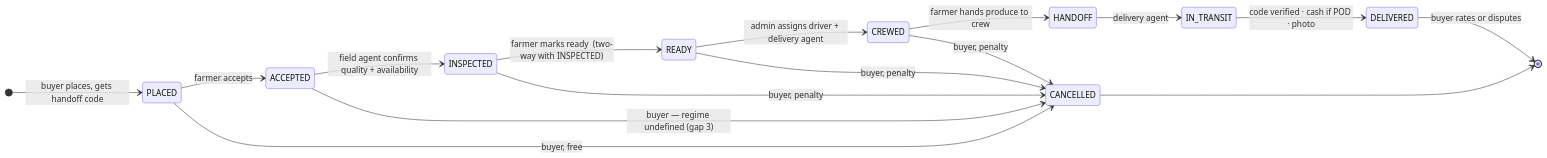
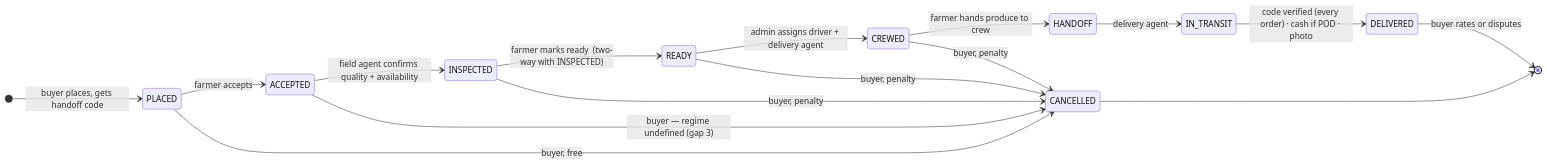
Before and after one commit to cropdoor/cropdoor-almanac: the diagram in docs/domain/order-delivery-flow-v2-gap-analysis.md, drawn with Mermaid. The commit also changed other lines of this file and 1 other file, not shown here.

First line of the commit message:
docs(domain): the handoff code applies to every order, online or POD

````diff
--- a/docs/domain/order-delivery-flow-v2-gap-analysis.md
+++ b/docs/domain/order-delivery-flow-v2-gap-analysis.md
@@ -23,19 +23,19 @@
 ```mermaid
 stateDiagram-v2
     direction LR
     [*] --> PLACED : buyer places, gets handoff code
     PLACED --> ACCEPTED : farmer accepts
     ACCEPTED --> INSPECTED : field agent confirms quality + availability
     INSPECTED --> READY : farmer marks ready  (two-way with INSPECTED)
     READY --> CREWED : admin assigns driver + delivery agent
     CREWED --> HANDOFF : farmer hands produce to crew
     HANDOFF --> IN_TRANSIT : delivery agent
-    IN_TRANSIT --> DELIVERED : code verified · cash if POD · photo
+    IN_TRANSIT --> DELIVERED : code verified (every order) · cash if POD · photo
     DELIVERED --> [*] : buyer rates or disputes
     PLACED --> CANCELLED : buyer, free
     ACCEPTED --> CANCELLED : buyer — regime undefined (gap 3)
     INSPECTED --> CANCELLED : buyer, penalty
     READY --> CANCELLED : buyer, penalty
     CREWED --> CANCELLED : buyer, penalty
     CANCELLED --> [*]
 ```
````
